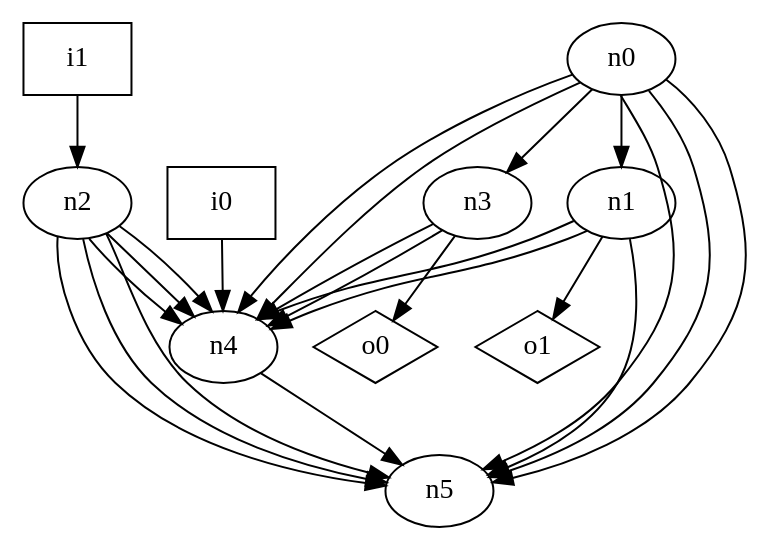
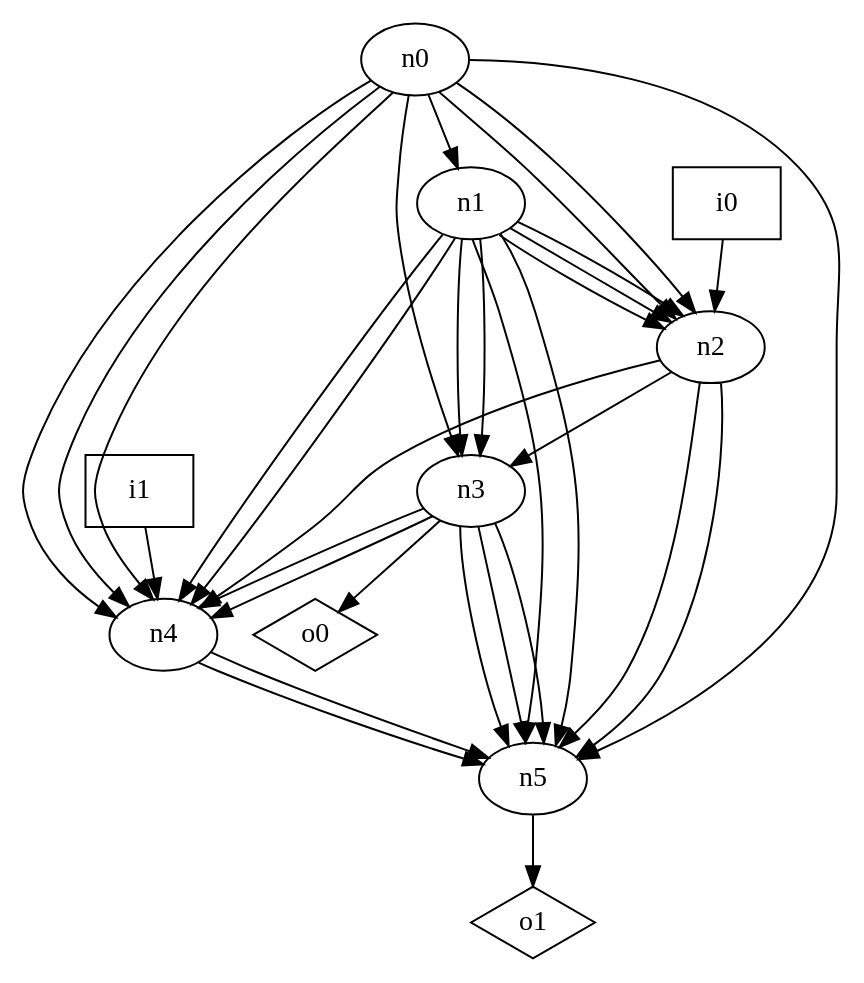
One commit to p9romain/bool-circuits changed the diagram in dot_files/random_graph/DAG_loop_free_graph.dot. Above: the diagram before and after it, drawn with Graphviz. The commit also changed 46 other files, not shown here.

```diff
--- a/dot_files/random_graph/DAG_loop_free_graph.dot
+++ b/dot_files/random_graph/DAG_loop_free_graph.dot
@@ -1,35 +1,44 @@
 digraph G {
 n0 [label="n0"];
 n1 [label="n1"];
 n2 [label="n2"];
 n3 [label="n3"];
 n4 [label="n4"];
 n5 [label="n5"];
 n6 [label="i0",shape="box"];
 n7 [label="i1",shape="box"];
 n8 [label="o0",shape="diamond"];
 n9 [label="o1",shape="diamond"];
 n0 -> n1
+n0 -> n2
+n0 -> n2
 n0 -> n3
 n0 -> n4
 n0 -> n4
+n0 -> n4
 n0 -> n5
-n0 -> n5
-n0 -> n5
+n1 -> n2
+n1 -> n2
+n1 -> n2
+n1 -> n3
+n1 -> n3
 n1 -> n4
 n1 -> n4
 n1 -> n5
-n1 -> n9
+n1 -> n5
+n2 -> n3
 n2 -> n4
-n2 -> n4
-n2 -> n4
-n2 -> n5
 n2 -> n5
 n2 -> n5
 n3 -> n4
 n3 -> n4
+n3 -> n5
+n3 -> n5
+n3 -> n5
 n3 -> n8
 n4 -> n5
-n6 -> n4
-n7 -> n2
+n4 -> n5
+n5 -> n9
+n6 -> n2
+n7 -> n4
 }
```
